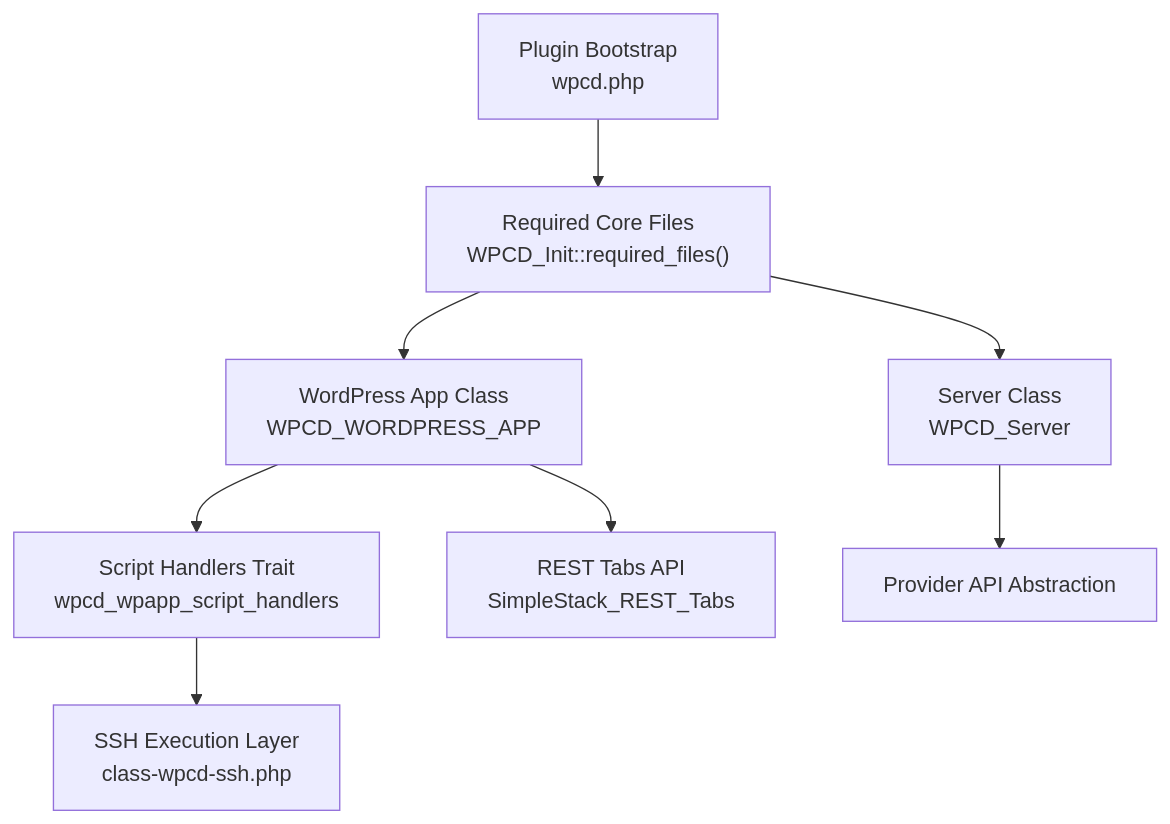
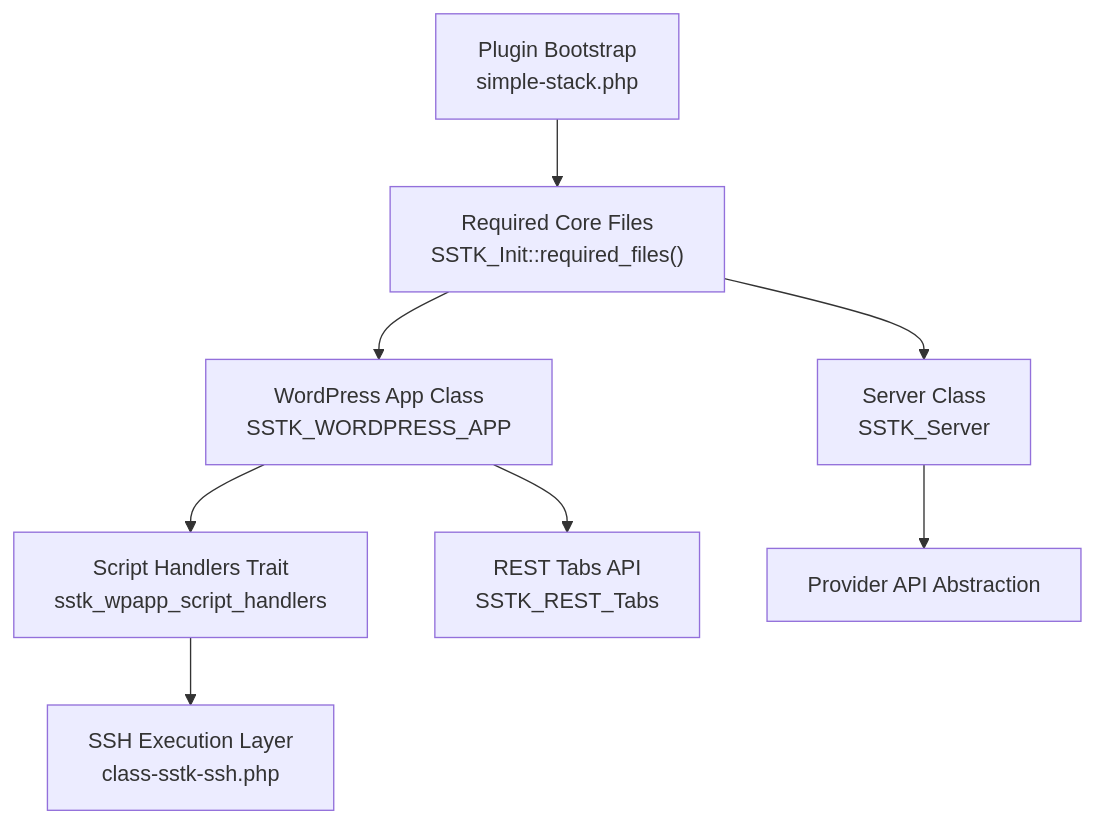
Before and after one commit to onedogsolutions/simple-stack: the first of 8 diagrams in .qoder/repowiki/en/content/WordPress Application Engine/Customization & Extension Points/Hook System & Lifecycle Customization.md, drawn with Mermaid. The commit also changed other lines of this file and 5941 other files, not shown here.

First line of the commit message:
refactor(core): rebrand WPCloudDeploy to Simple Stack with new namespaces and prefixes

````diff
--- a/.qoder/repowiki/en/content/WordPress Application Engine/Customization & Extension Points/Hook System & Lifecycle Customization.md
+++ b/.qoder/repowiki/en/content/WordPress Application Engine/Customization & Extension Points/Hook System & Lifecycle Customization.md
@@ -39,10 +39,10 @@
 ```mermaid
 graph TB
-Plugin["Plugin Bootstrap<br/>wpcd.php"] --> CoreFiles["Required Core Files<br/>WPCD_Init::required_files()"]
-CoreFiles --> WPApp["WordPress App Class<br/>WPCD_WORDPRESS_APP"]
-CoreFiles --> ServerClass["Server Class<br/>WPCD_Server"]
-WPApp --> ScriptHandlers["Script Handlers Trait<br/>wpcd_wpapp_script_handlers"]
-WPApp --> RESTTabs["REST Tabs API<br/>SimpleStack_REST_Tabs"]
+Plugin["Plugin Bootstrap<br/>simple-stack.php"] --> CoreFiles["Required Core Files<br/>SSTK_Init::required_files()"]
+CoreFiles --> WPApp["WordPress App Class<br/>SSTK_WORDPRESS_APP"]
+CoreFiles --> ServerClass["Server Class<br/>SSTK_Server"]
+WPApp --> ScriptHandlers["Script Handlers Trait<br/>sstk_wpapp_script_handlers"]
+WPApp --> RESTTabs["REST Tabs API<br/>SSTK_REST_Tabs"]
 ServerClass --> ProviderAPI["Provider API Abstraction"]
-ScriptHandlers --> SSH["SSH Execution Layer<br/>class-wpcd-ssh.php"]
+ScriptHandlers --> SSH["SSH Execution Layer<br/>class-sstk-ssh.php"]
 ```
````
